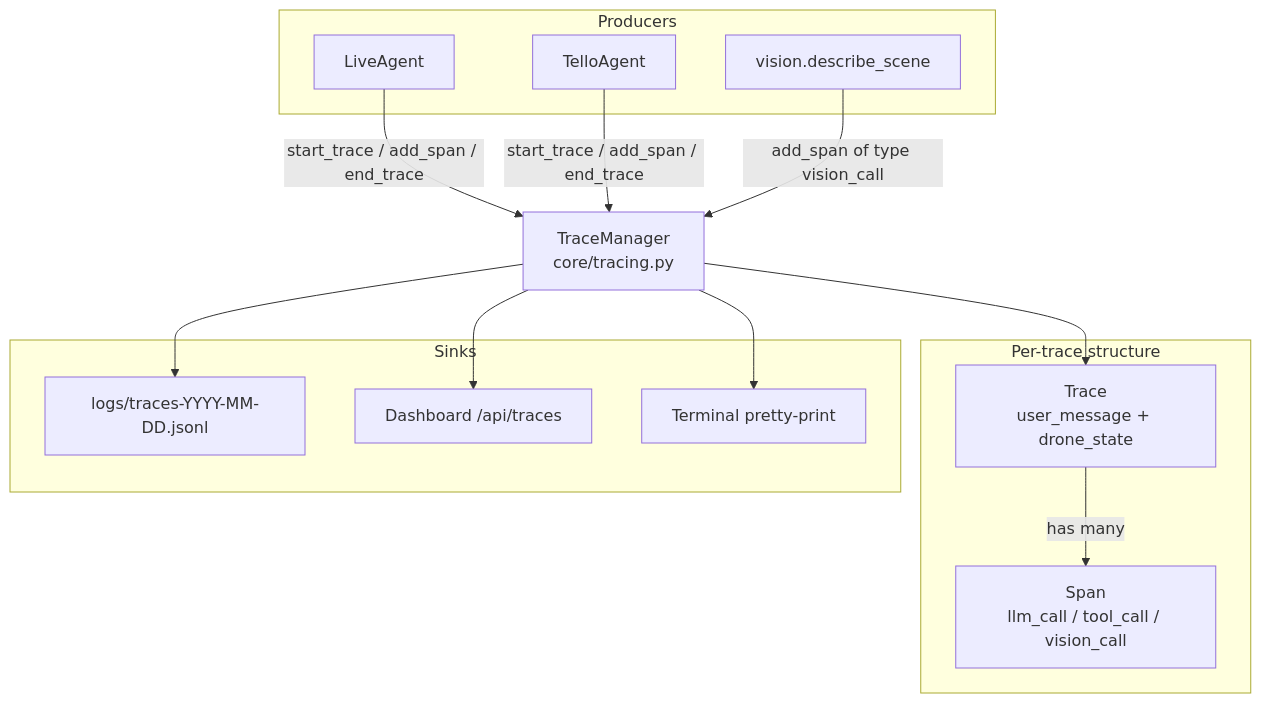
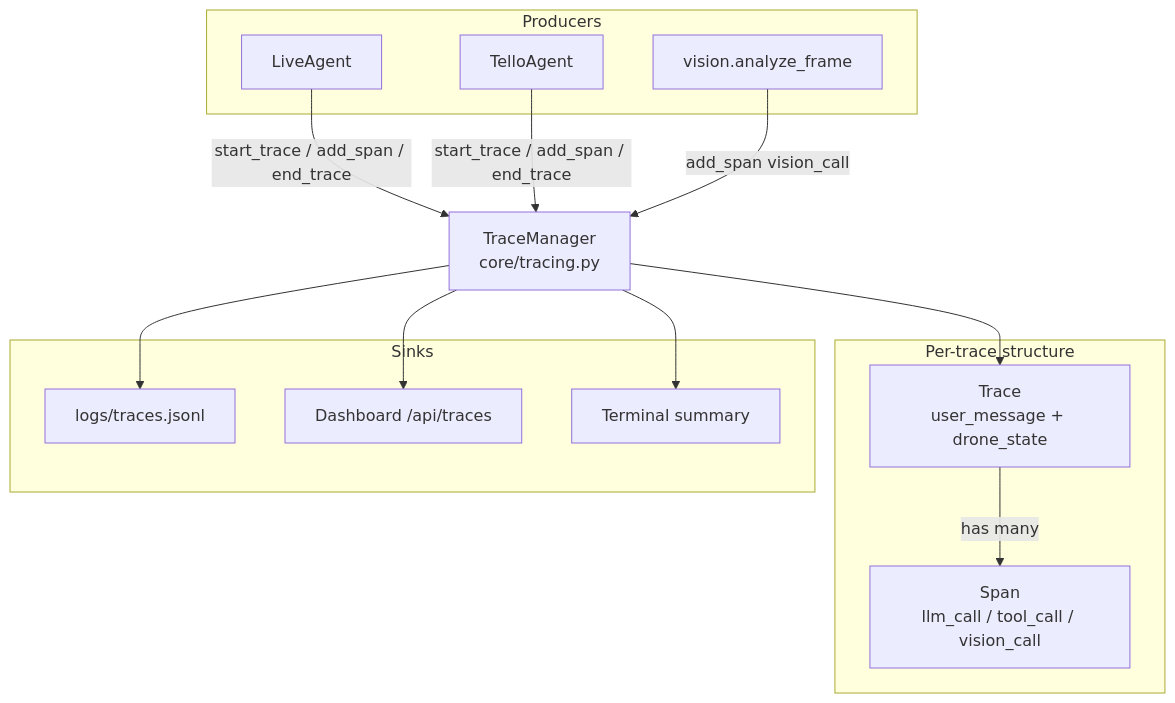
Before and after one commit to AyushRajgor/Tello-autonomous: the seventh of 7 diagrams in docs/workflow.md, drawn with Mermaid. The commit also changed other lines of this file and 50 other files, not shown here.

````diff
--- a/docs/workflow.md
+++ b/docs/workflow.md
@@ -260,31 +315,31 @@
 ```mermaid
 graph TD
     subgraph Producers
         L[LiveAgent]
         A[TelloAgent]
-        V[vision.describe_scene]
+        V[vision.analyze_frame]
     end
 
     TM[TraceManager<br/>core/tracing.py]
 
     subgraph "Per-trace structure"
         TR[Trace<br/>user_message + drone_state]
         SP[Span<br/>llm_call / tool_call / vision_call]
         TR -->|has many| SP
     end
 
     subgraph Sinks
-        JSONL[logs/traces-YYYY-MM-DD.jsonl]
+        JSONL[logs/traces.jsonl]
         DASH[Dashboard /api/traces]
-        TERM[Terminal pretty-print]
+        TERM[Terminal summary]
     end
 
     L -->|start_trace / add_span / end_trace| TM
     A -->|start_trace / add_span / end_trace| TM
-    V -->|add_span of type vision_call| TM
+    V -->|add_span vision_call| TM
 
     TM --> TR
     TM --> JSONL
     TM --> TERM
     TM --> DASH
 ```
````
